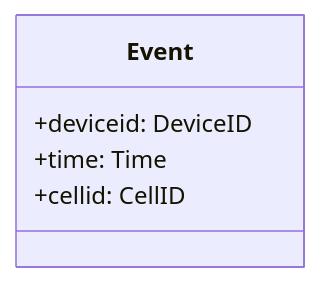
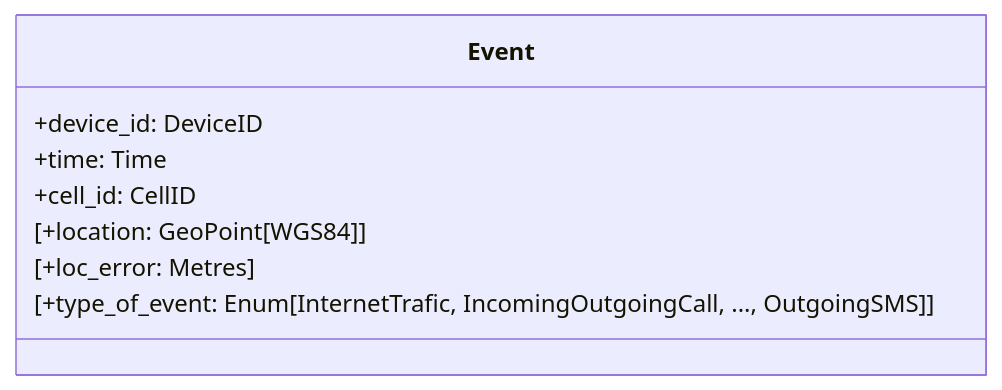
Before and after one commit to djvanderlaan/pipeline: the second of 6 diagrams in README.md, drawn with Mermaid. The commit also changed other lines of this file and 2 other files, not shown here.

````diff
--- a/README.md
+++ b/README.md
@@ -69,8 +99,11 @@
 ```mermaid
 classDiagram
   class Event {
-    +deviceid: DeviceID
+    +device_id: DeviceID
     +time: Time
-    +cellid: CellID
+    +cell_id: CellID
+    [+location: GeoPoint[WGS84]]
+    [+loc_error: Metres]
+    [+type_of_event: Enum[InternetTrafic, IncomingOutgoingCall, ..., OutgoingSMS]]
   }
 ```
````
